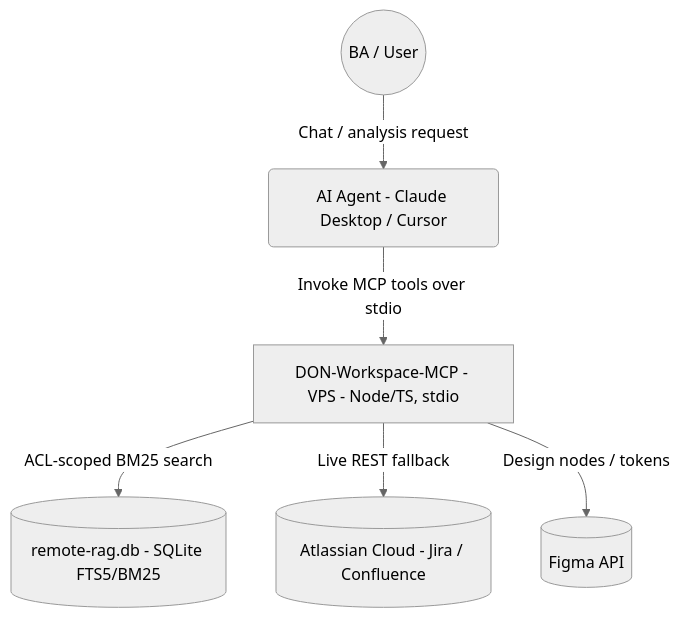
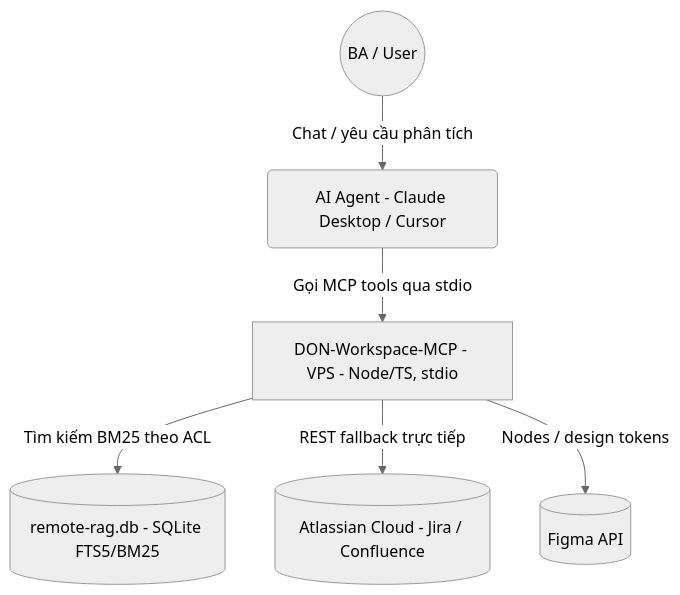
The first of 5 diagrams in README.md (cachep-xidau/MCP-server), drawn with Mermaid (neutral theme) before and after one commit. The commit also changed other lines of this file, not shown here.

````diff
--- a/README.md
+++ b/README.md
@@ -24,15 +24,15 @@
 ```mermaid
 graph TD
     User((BA / User))
     Agent(AI Agent - Claude Desktop / Cursor)
     MCP[DON-Workspace-MCP - VPS - Node/TS, stdio]
     KB[(remote-rag.db - SQLite FTS5/BM25)]
     Atlassian[(Atlassian Cloud - Jira / Confluence)]
     Figma[(Figma API)]
 
-    User -->|Chat / analysis request| Agent
-    Agent -->|Invoke MCP tools over stdio| MCP
-    MCP -->|ACL-scoped BM25 search| KB
-    MCP -->|Live REST fallback| Atlassian
-    MCP -->|Design nodes / tokens| Figma
+    User -->|Chat / yêu cầu phân tích| Agent
+    Agent -->|Gọi MCP tools qua stdio| MCP
+    MCP -->|Tìm kiếm BM25 theo ACL| KB
+    MCP -->|REST fallback trực tiếp| Atlassian
+    MCP -->|Nodes / design tokens| Figma
 ```
````
